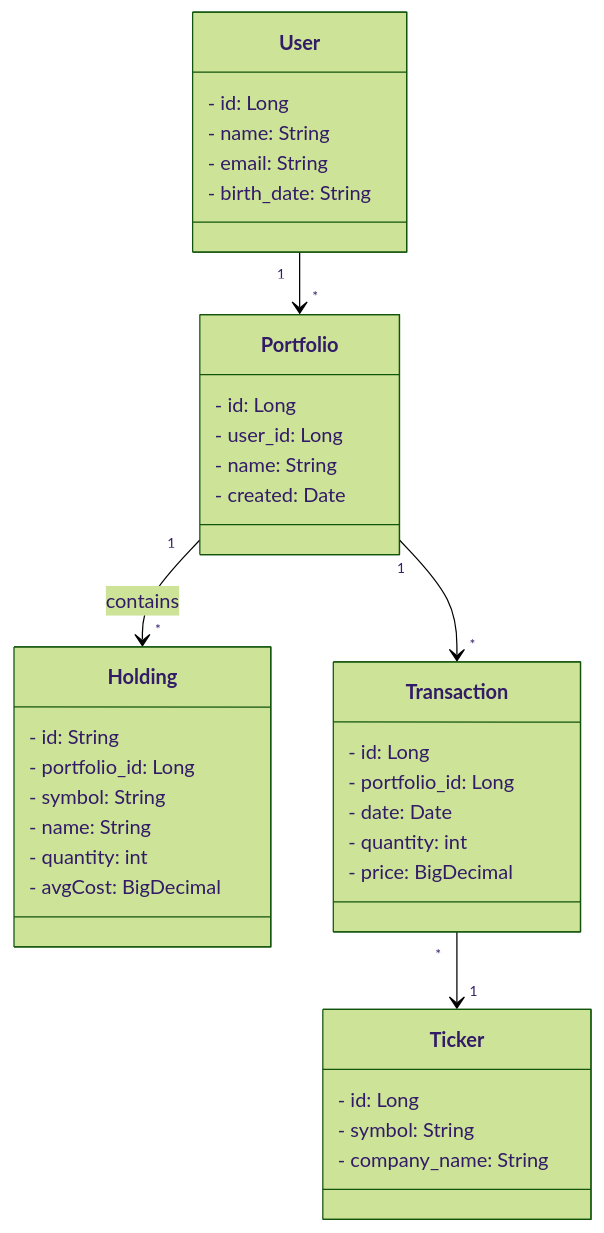
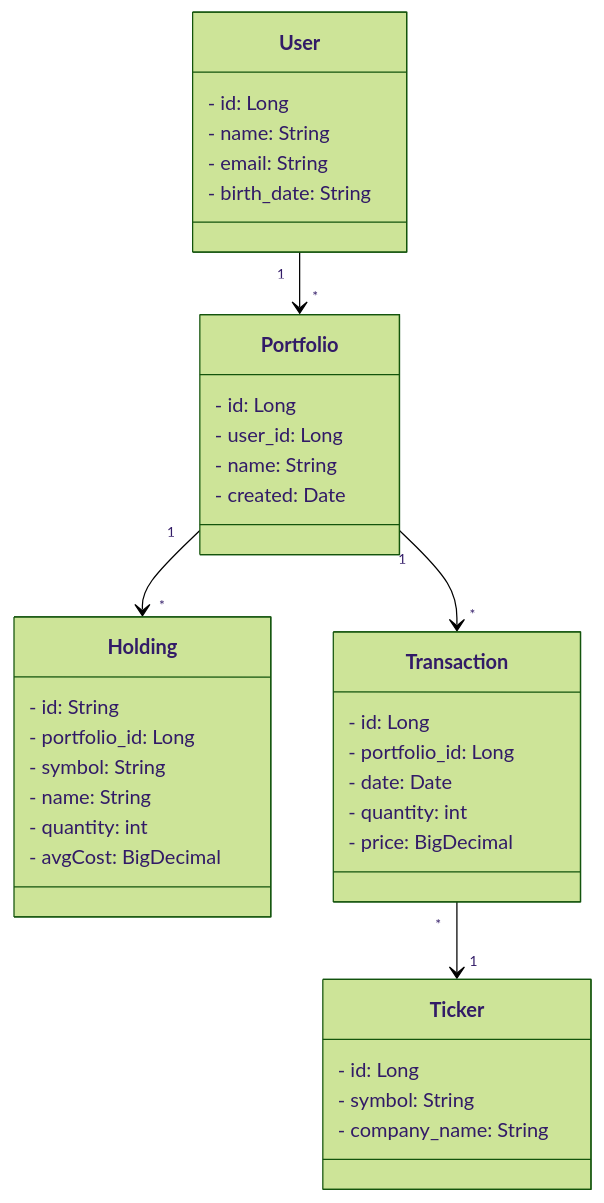
The diagram in README.md (DuarteMCSilva/stock-echoes-server), drawn with Mermaid (forest theme) before and after one commit. The commit also changed 6 other files, not shown here.

`````diff
--- a/README.md
+++ b/README.md
@@ -2,46 +2,46 @@
 ````mermaid
 classDiagram
     class User {
         - id: Long
         - name: String
         - email: String
         - birth_date: String
     }
 
     class Portfolio {
         - id: Long
         - user_id: Long
         - name: String
         - created: Date
     }
 
     class Ticker {
         - id: Long
         - symbol: String
         - company_name: String
     }
 
     class Holding {
         - id: String
         - portfolio_id: Long
         - symbol: String
         - name: String
         - quantity: int
         - avgCost: BigDecimal
     }
 
     class Transaction {
         - id: Long
         - portfolio_id: Long
         - date: Date
         - quantity: int
         - price: BigDecimal
     }
 
     %% Relationships
 
     User "1" --> "*" Portfolio
-    Portfolio "1" --> "*" Holding : contains
+    Portfolio "1" --> "*" Holding
     Portfolio "1" --> "*" Transaction
     Transaction "*" -->"1" Ticker
 ````
`````
